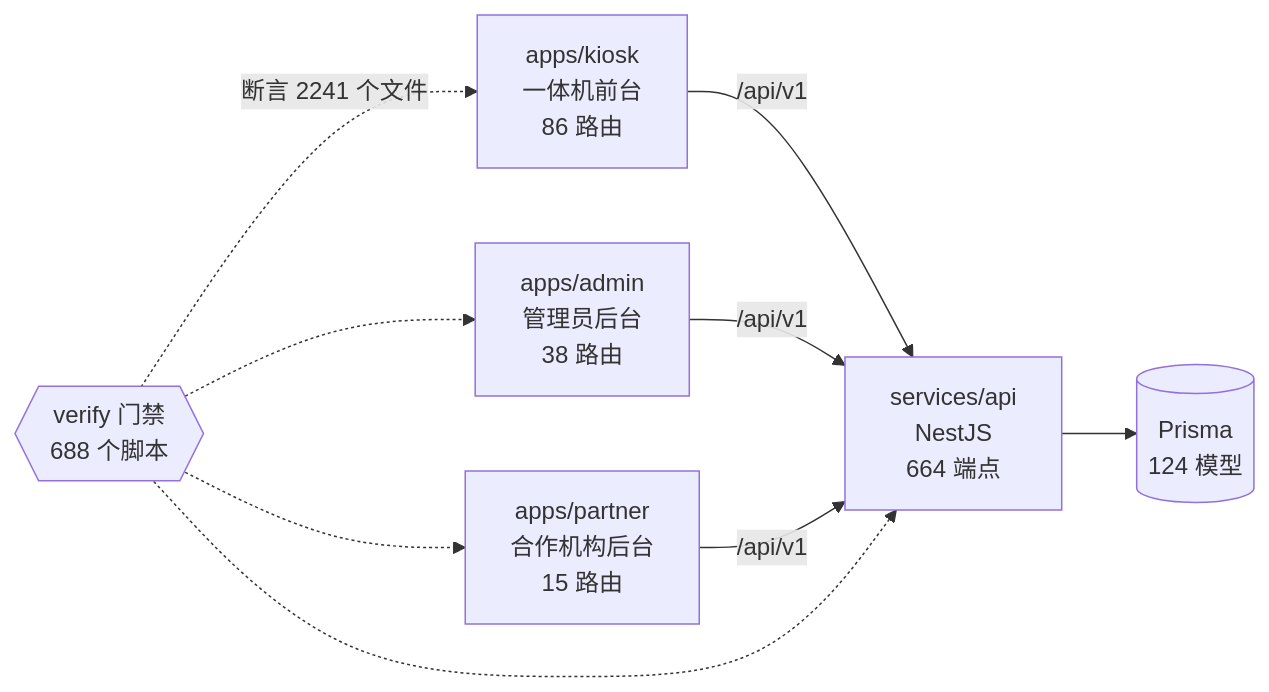
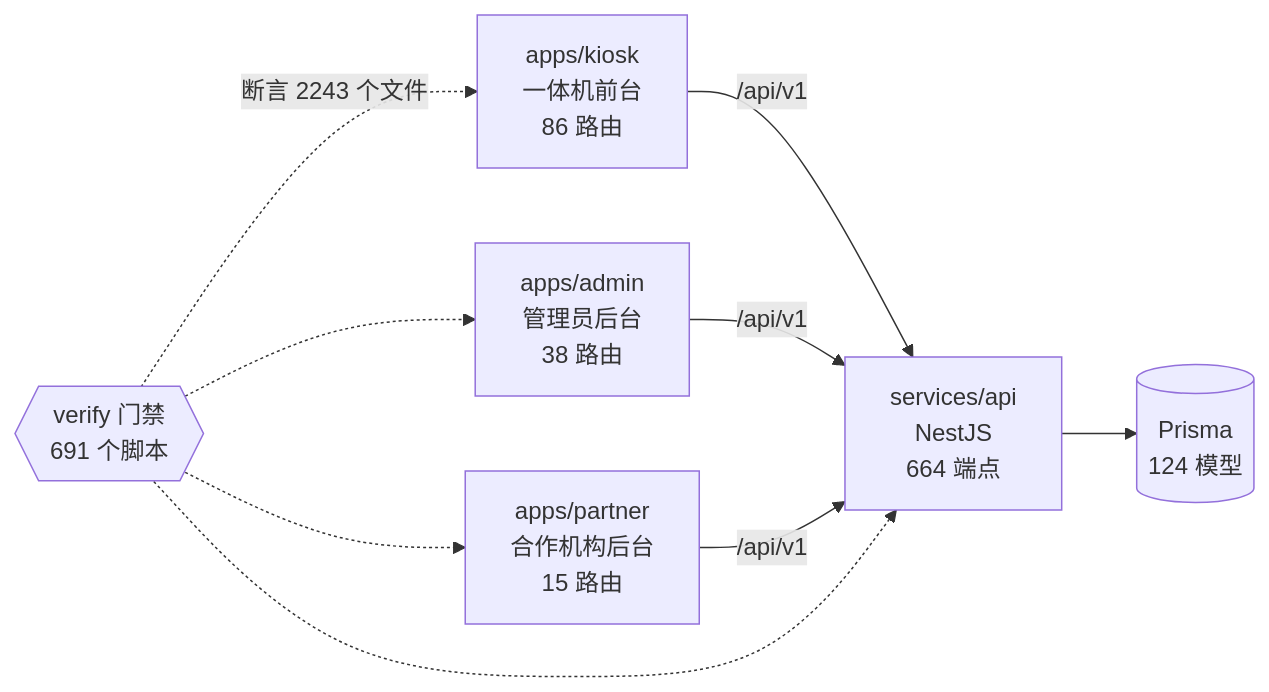
One commit to wanglei581/YITIJI changed the diagram in docs/graph/README.md. Above: the diagram before and after it, drawn with Mermaid. The commit also changed other lines of this file and 3 other files, not shown here.

````diff
--- a/docs/graph/README.md
+++ b/docs/graph/README.md
@@ -68,18 +68,18 @@
 ```mermaid
 flowchart LR
   kiosk["apps/kiosk<br/>一体机前台<br/>86 路由"]
   admin["apps/admin<br/>管理员后台<br/>38 路由"]
   partner["apps/partner<br/>合作机构后台<br/>15 路由"]
   api["services/api<br/>NestJS<br/>664 端点"]
   db[("Prisma<br/>124 模型")]
-  gates{{"verify 门禁<br/>688 个脚本"}}
+  gates{{"verify 门禁<br/>691 个脚本"}}
 
   kiosk -->|"/api/v1"| api
   admin -->|"/api/v1"| api
   partner -->|"/api/v1"| api
   api --> db
-  gates -.->|"断言 2241 个文件"| kiosk
+  gates -.->|"断言 2243 个文件"| kiosk
   gates -.-> admin
   gates -.-> partner
   gates -.-> api
 ```
````
